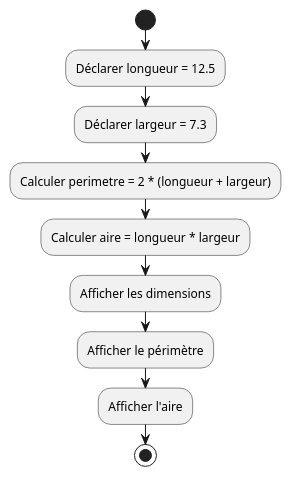
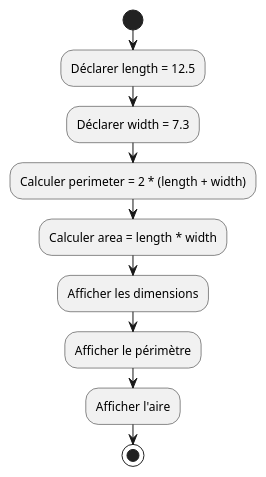
Before and after one commit to HEIG-VD-Prog-Course/HEIG-VD-ProgIM-Course: the second of 12 diagrams in 04.02-variables-constantes/02-exercices/README.md, drawn with PlantUML. The commit also changed other lines of this file and 1 other file, not shown here.

````diff
--- a/04.02-variables-constantes/02-exercices/README.md
+++ b/04.02-variables-constantes/02-exercices/README.md
@@ -176,13 +176,13 @@
 ```plantuml
 @startuml
 start
-:Déclarer longueur = 12.5;
-:Déclarer largeur = 7.3;
-:Calculer perimetre = 2 * (longueur + largeur);
-:Calculer aire = longueur * largeur;
+:Déclarer length = 12.5;
+:Déclarer width = 7.3;
+:Calculer perimeter = 2 * (length + width);
+:Calculer area = length * width;
 :Afficher les dimensions;
 :Afficher le périmètre;
 :Afficher l'aire;
 stop
 @enduml
 ```
````
